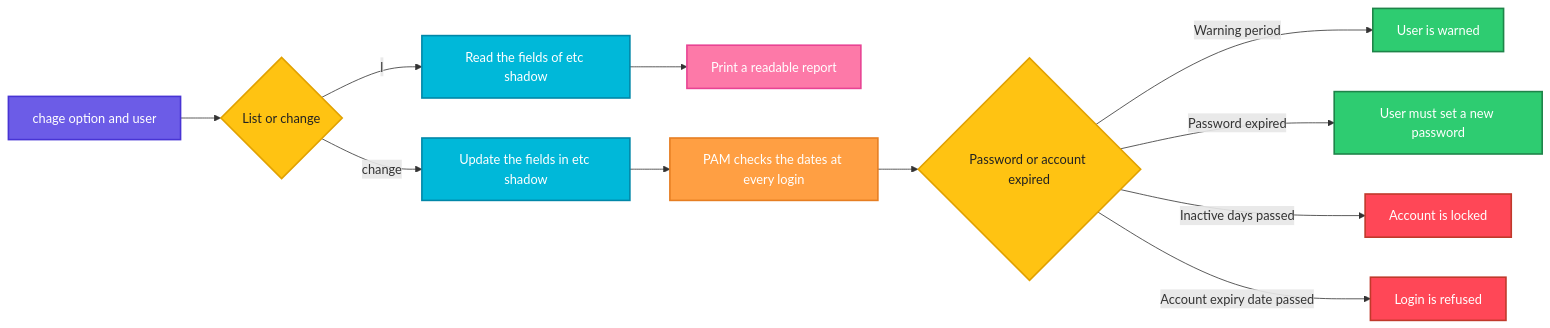
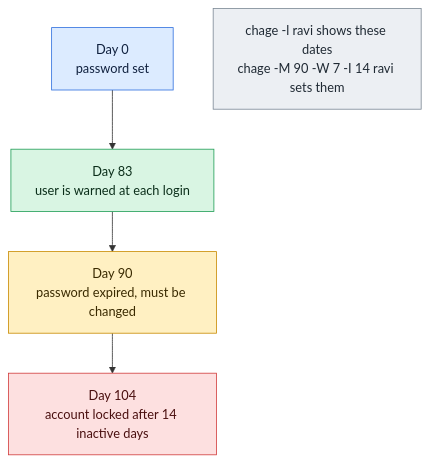
One commit to codeKerdosTech/DevOps-Documentation changed the diagram in linux/user-management/chage.md. Above: the diagram before and after it, drawn with Mermaid. The commit also changed other lines of this file and 165 other files, not shown here.

Commit message:
updated diagrams in linux

````diff
--- a/linux/user-management/chage.md
+++ b/linux/user-management/chage.md
@@ -28,27 +28,17 @@
 ```mermaid
-flowchart LR
-    A[chage option and user] --> B{List or change}
-    B -->|l| C[Read the fields of etc shadow]
-    C --> D[Print a readable report]
-    B -->|change| E[Update the fields in etc shadow]
-    E --> F[PAM checks the dates at every login]
-    F --> G{Password or account expired}
-    G -->|Warning period| H[User is warned]
-    G -->|Password expired| I[User must set a new password]
-    G -->|Inactive days passed| J[Account is locked]
-    G -->|Account expiry date passed| K[Login is refused]
-    classDef start fill:#6C5CE7,stroke:#4834D4,stroke-width:2px,color:#fff
-    classDef proc fill:#00B8D9,stroke:#0087A8,stroke-width:2px,color:#fff
-    classDef dec fill:#FFC312,stroke:#E1A100,stroke-width:2px,color:#222
-    classDef ok fill:#2ECC71,stroke:#1E8449,stroke-width:2px,color:#fff
-    classDef err fill:#FF4757,stroke:#C0392B,stroke-width:2px,color:#fff
-    classDef out fill:#FD79A8,stroke:#E84393,stroke-width:2px,color:#fff
-    classDef alt fill:#FF9F43,stroke:#E67E22,stroke-width:2px,color:#fff
-    class A start
-    class B,G dec
-    class C,E proc
-    class D out
-    class F alt
-    class H,I ok
-    class J,K err
+flowchart TD
+    i1[Day 0<br/>password set] --> o1[Day 83<br/>user is warned at each login]
+    o1 --> c1[Day 90<br/>password expired, must be changed]
+    c1 --> x1[Day 104<br/>account locked after 14 inactive days]
+    n1[chage -l ravi shows these dates<br/>chage -M 90 -W 7 -I 14 ravi sets them]
+    classDef inp fill:#DCEBFF,stroke:#2F6FDE,color:#10213F
+    classDef cmd fill:#FFF0C2,stroke:#C98A00,color:#3A2A00
+    classDef out fill:#D9F5E3,stroke:#1F9D55,color:#0B2E1A
+    classDef bad fill:#FDE0E0,stroke:#D13B3B,color:#4A0F0F
+    classDef note fill:#ECEFF3,stroke:#7B8794,color:#1F2933
+    class i1 inp
+    class o1 out
+    class c1 cmd
+    class x1 bad
+    class n1 note
 ```
````
